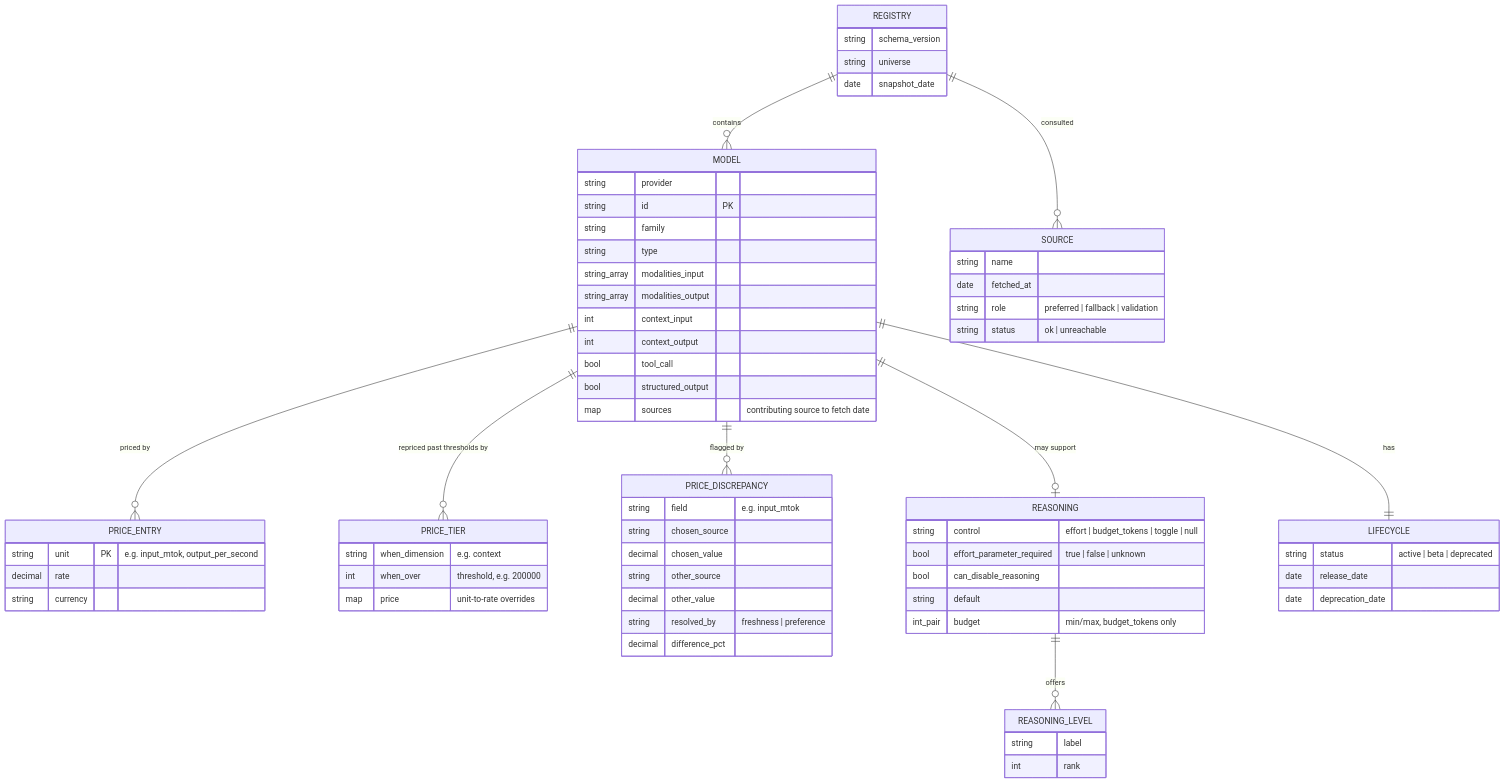
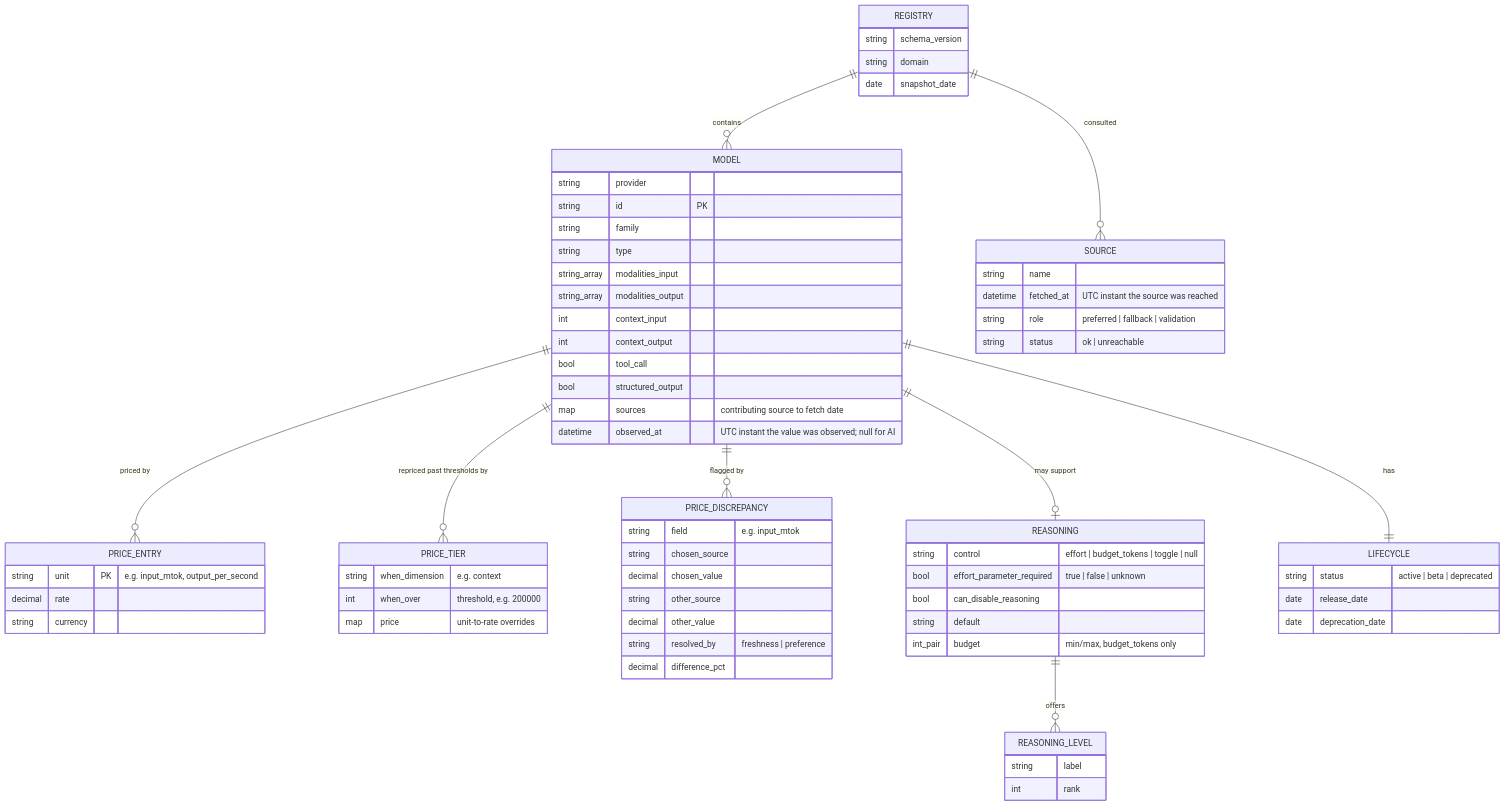
The diagram in ERD.md (shehuphd/rates), drawn with Mermaid before and after one commit. The commit also changed other lines of this file and 32 other files, not shown here.

Commit message:
Add multi-domain Record protocol, domain registry, instant provenance, NOTICE attribution, and tab-completion speedups

````diff
--- a/ERD.md
+++ b/ERD.md
@@ -9,71 +9,72 @@
 ```mermaid
 erDiagram
     REGISTRY ||--o{ MODEL : contains
     REGISTRY ||--o{ SOURCE : consulted
     MODEL ||--o{ PRICE_ENTRY : "priced by"
     MODEL ||--o{ PRICE_TIER : "repriced past thresholds by"
     MODEL ||--o{ PRICE_DISCREPANCY : "flagged by"
     MODEL ||--o| REASONING : "may support"
     REASONING ||--o{ REASONING_LEVEL : offers
     MODEL ||--|| LIFECYCLE : has
 
     REGISTRY {
         string schema_version
-        string universe
+        string domain
         date snapshot_date
     }
     SOURCE {
         string name
-        date fetched_at
+        datetime fetched_at "UTC instant the source was reached"
         string role "preferred | fallback | validation"
         string status "ok | unreachable"
     }
     MODEL {
         string provider
         string id PK
         string family
         string type
         string_array modalities_input
         string_array modalities_output
         int context_input
         int context_output
         bool tool_call
         bool structured_output
         map sources "contributing source to fetch date"
+        datetime observed_at "UTC instant the value was observed; null for AI"
     }
     PRICE_ENTRY {
         string unit PK "e.g. input_mtok, output_per_second"
         decimal rate
         string currency
     }
     PRICE_DISCREPANCY {
         string field "e.g. input_mtok"
         string chosen_source
         decimal chosen_value
         string other_source
         decimal other_value
         string resolved_by "freshness | preference"
         decimal difference_pct
     }
     PRICE_TIER {
         string when_dimension "e.g. context"
         int when_over "threshold, e.g. 200000"
         map price "unit-to-rate overrides"
     }
     REASONING {
         string control "effort | budget_tokens | toggle | null"
         bool effort_parameter_required "true | false | unknown"
         bool can_disable_reasoning
         string default
         int_pair budget "min/max, budget_tokens only"
     }
     REASONING_LEVEL {
         string label
         int rank
     }
     LIFECYCLE {
         string status "active | beta | deprecated"
         date release_date
         date deprecation_date
     }
 ```
````
